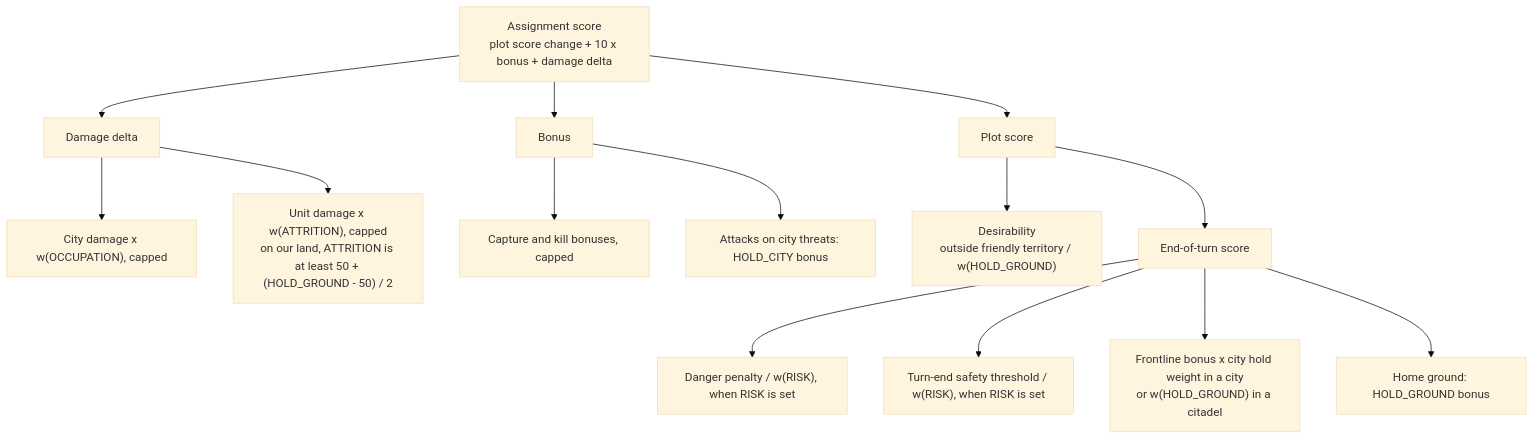
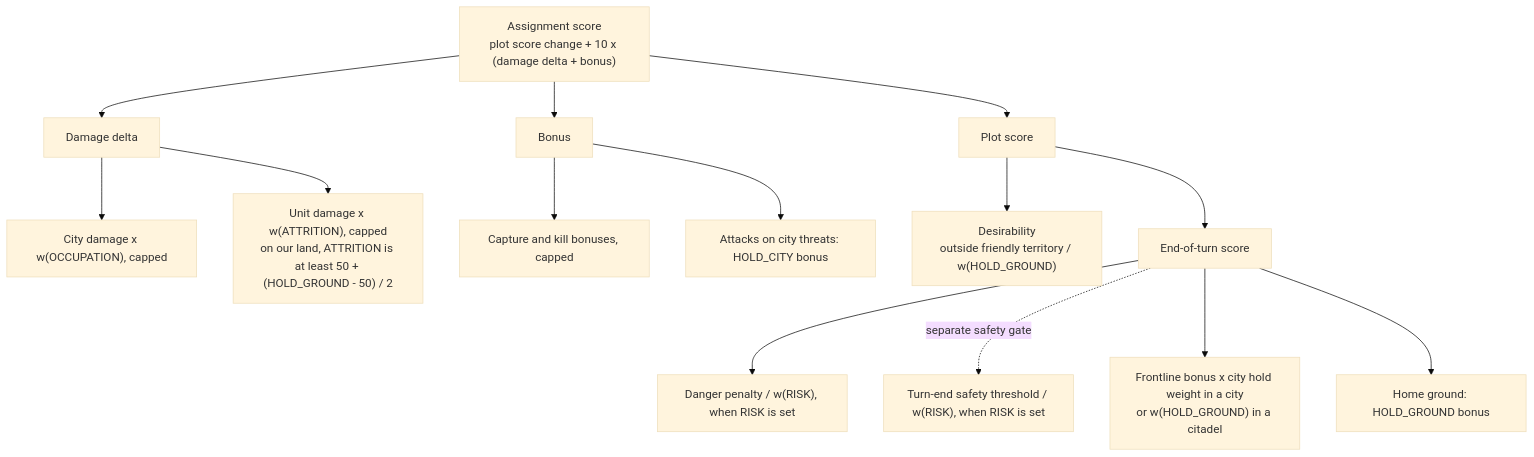
One commit to vox-deorum/vox-deorum changed the first of 2 diagrams in docs/developers/civ5-dll/unit-ai/flavors/scoring.md. Above: the diagram before and after it, drawn with Mermaid (base theme). The commit also changed other lines of this file and 13 other files, not shown here.

````diff
--- a/docs/developers/civ5-dll/unit-ai/flavors/scoring.md
+++ b/docs/developers/civ5-dll/unit-ai/flavors/scoring.md
@@ -25,17 +25,17 @@
 ```mermaid
 flowchart TD
-    S[Assignment score<br/>plot score change + 10 x bonus + damage delta]
+    S["Assignment score<br/>plot score change + 10 x (damage delta + bonus)"]
     S --> D[Damage delta]
     S --> B[Bonus]
     S --> P[Plot score]
     D --> D1["City damage x w(OCCUPATION), capped"]
     D --> D2["Unit damage x w(ATTRITION), capped<br/>on our land, ATTRITION is at least 50 + (HOLD_GROUND - 50) / 2"]
     B --> B1["Capture and kill bonuses, capped"]
     B --> B2["Attacks on city threats: HOLD_CITY bonus"]
     P --> P1["Desirability<br/>outside friendly territory / w(HOLD_GROUND)"]
     P --> P2[End-of-turn score]
     P2 --> E1["Danger penalty / w(RISK), when RISK is set"]
-    P2 --> E4["Turn-end safety threshold / w(RISK), when RISK is set"]
+    P2 -. separate safety gate .-> E4["Turn-end safety threshold / w(RISK), when RISK is set"]
     P2 --> E2["Frontline bonus x city hold weight in a city<br/>or w(HOLD_GROUND) in a citadel"]
     P2 --> E3["Home ground: HOLD_GROUND bonus"]
 ```
````
